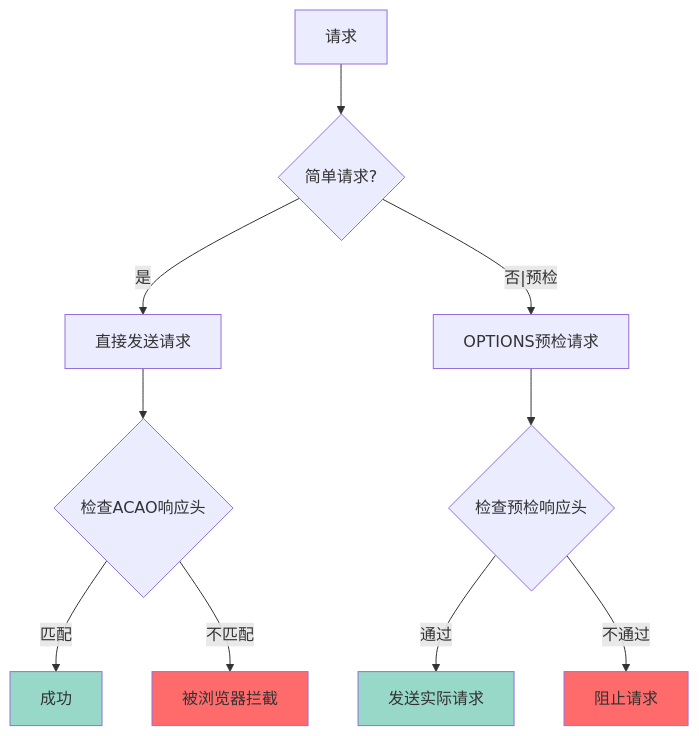
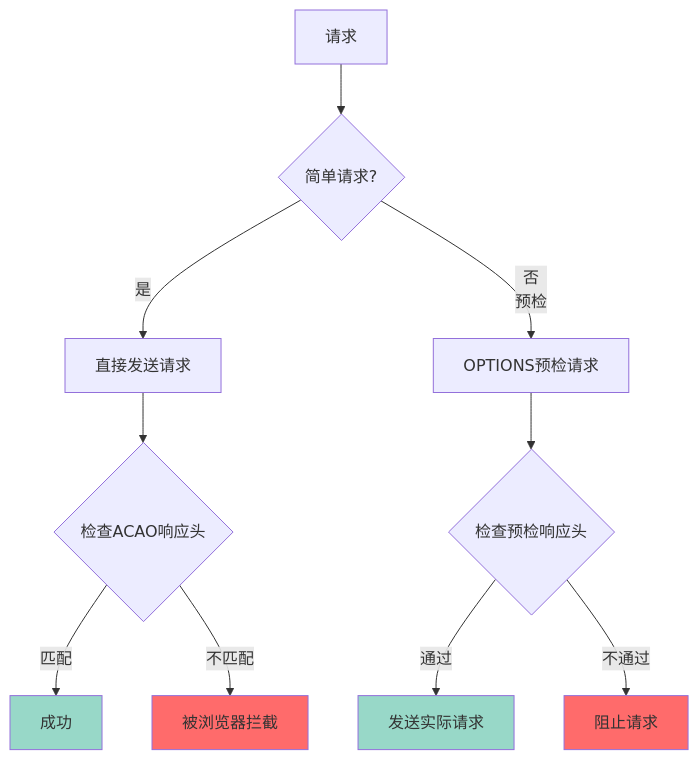
Diagram 18 of 31 in content/Js/basic/Chapter-38-web-security.md (before80/prgms), drawn with Mermaid before and after one commit. The commit also changed other lines of this file and 1645 other files, not shown here.

````diff
--- a/content/Js/basic/Chapter-38-web-security.md
+++ b/content/Js/basic/Chapter-38-web-security.md
@@ -1662,16 +1662,16 @@
 ```mermaid
 graph TD
     A["请求"] --> B{"简单请求?"}
     B -->|"是"| C["直接发送请求"]
     C --> D{"检查ACAO响应头"}
     D -->|"匹配"| E["成功"]
     D -->|"不匹配"| F["被浏览器拦截"]
-    B -->|"否|预检"| G["OPTIONS预检请求"]
+    B -->|"否<br/>预检"| G["OPTIONS预检请求"]
     G --> H{"检查预检响应头"}
     H -->|"通过"| I["发送实际请求"]
     H -->|"不通过"| J["阻止请求"]
     style E fill:#98d8c8
     style F fill:#ff6b6b
     style I fill:#98d8c8
     style J fill:#ff6b6b
 ```
````
